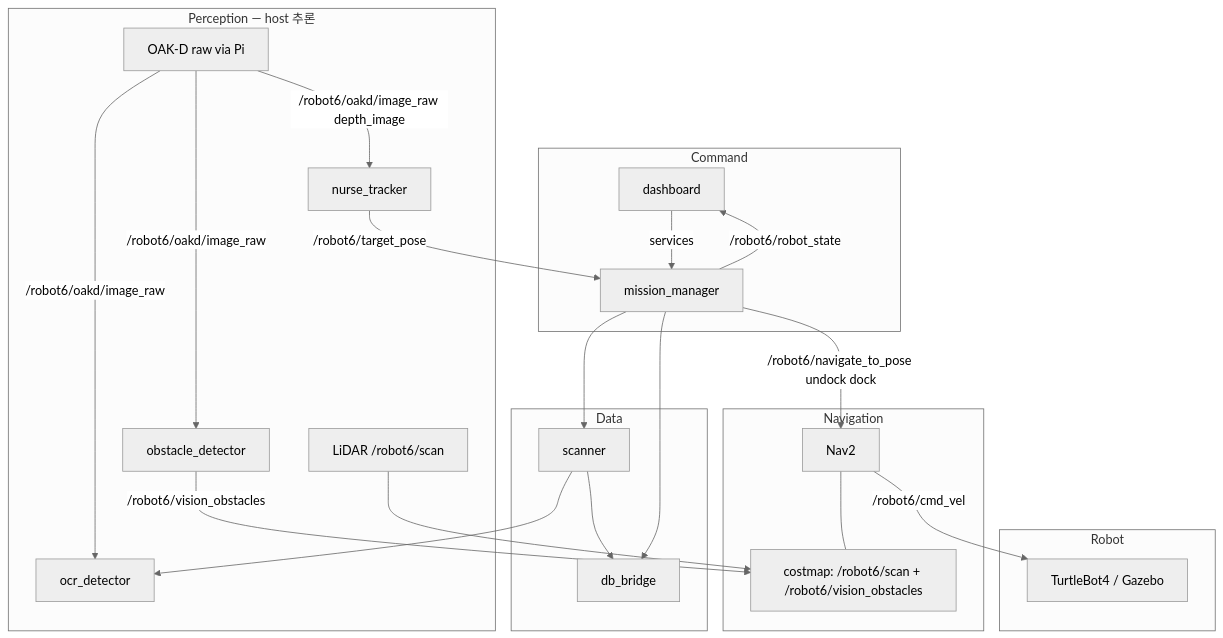
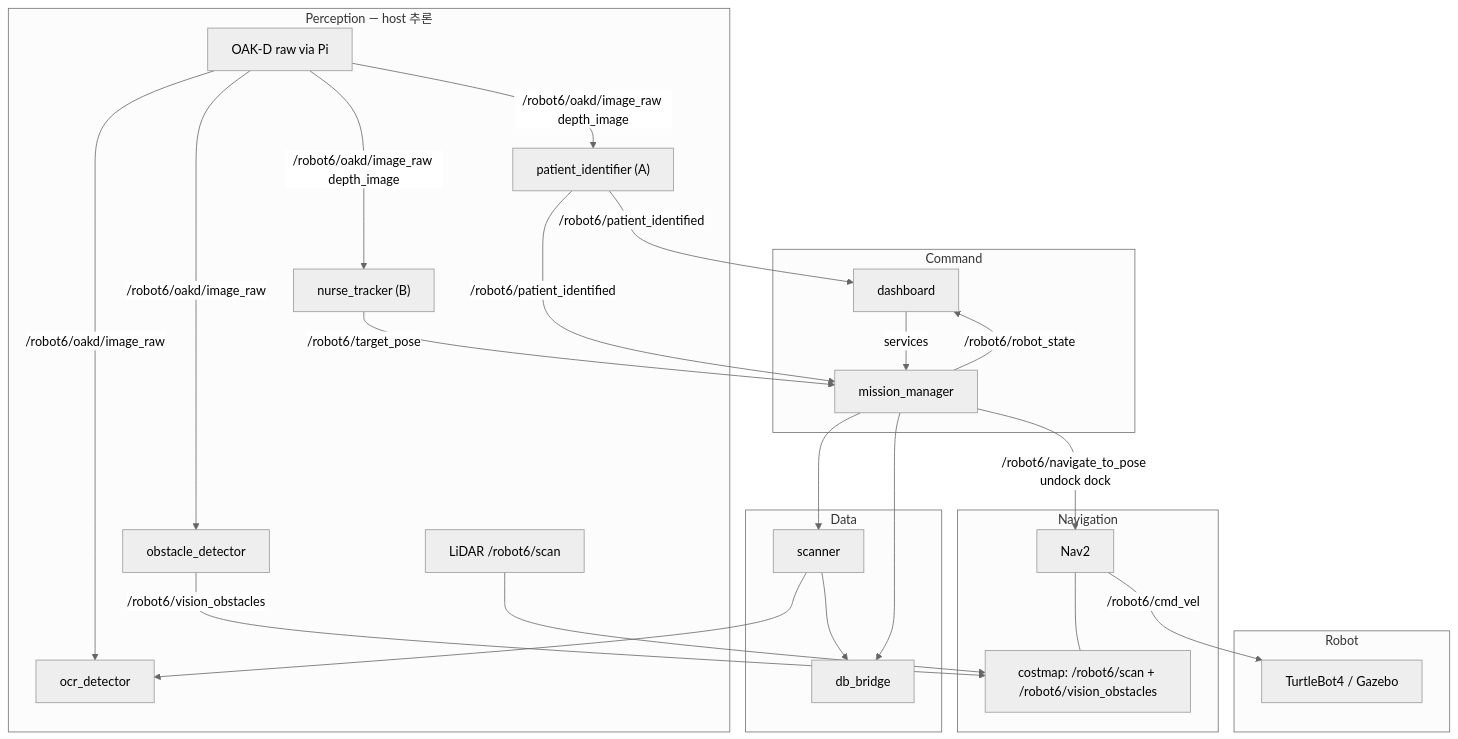
Before and after one commit to yevettee/MediCart: the third of 10 diagrams in docs/architecture/01_system_architecture.md, drawn with Mermaid (neutral theme). The commit also changed other lines of this file and 24 other files, not shown here.

First line of the commit message:
patient_identifier 패키지 추가 및 시나리오 A(순찰) 정합성 반영

````diff
--- a/docs/architecture/01_system_architecture.md
+++ b/docs/architecture/01_system_architecture.md
@@ -41,45 +80,49 @@
 ```mermaid
 flowchart TB
     subgraph command [Command]
         dash["dashboard"]
         mm["mission_manager"]
         dash -->|services| mm
     end
 
     subgraph perception [Perception — host 추론]
         oakd["OAK-D raw via Pi"]
-        nt["nurse_tracker"]
+        nt["nurse_tracker (B)"]
+        pi["patient_identifier (A)"]
         od["obstacle_detector"]
         ocr["ocr_detector"]
         lidar["LiDAR /robot6/scan"]
         oakd -->|/robot6/oakd/image_raw depth_image| nt
+        oakd -->|/robot6/oakd/image_raw depth_image| pi
         oakd -->|/robot6/oakd/image_raw| od
         oakd -->|/robot6/oakd/image_raw| ocr
     end
 
     subgraph nav [Navigation]
         nav2["Nav2"]
         costmap["costmap: /robot6/scan + /robot6/vision_obstacles"]
         nav2 --- costmap
     end
 
     subgraph robot [Robot]
         tb["TurtleBot4 / Gazebo"]
     end
 
     subgraph data [Data]
         db["db_bridge"]
         sc["scanner"]
         mm --> sc
         sc --> ocr
         sc --> db
         mm --> db
     end
 
     mm -->|/robot6/navigate_to_pose undock dock| nav2
     nt -->|/robot6/target_pose| mm
+    pi -->|/robot6/patient_identified| mm
+    pi -->|/robot6/patient_identified| dash
     od -->|/robot6/vision_obstacles| costmap
     lidar --> costmap
     nav2 -->|/robot6/cmd_vel| tb
     mm -->|/robot6/robot_state| dash
 ```
````
